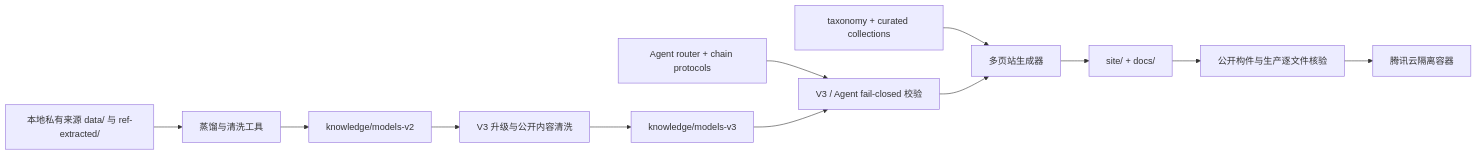
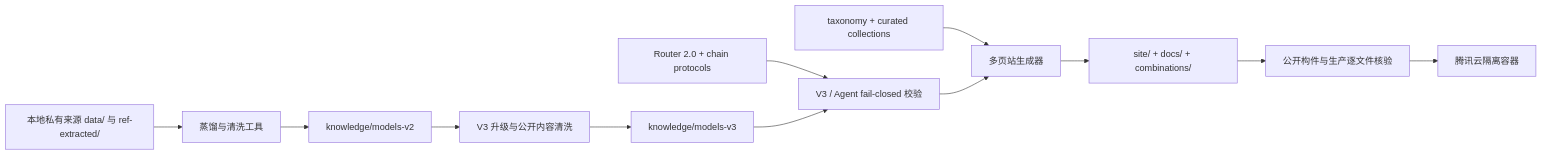
The diagram in README.md (zjgulai/deep-thinking-mode), drawn with Mermaid before and after one commit. The commit also changed other lines of this file and 9 other files, not shown here.

````diff
--- a/README.md
+++ b/README.md
@@ -68,14 +71,14 @@
 ```mermaid
 flowchart LR
   A["本地私有来源 data/ 与 ref-extracted/"] --> B["蒸馏与清洗工具"]
   B --> C["knowledge/models-v2"]
   C --> D["V3 升级与公开内容清洗"]
   D --> E["knowledge/models-v3"]
   T["taxonomy + curated collections"] --> G["多页站生成器"]
-  R["Agent router + chain protocols"] --> V["V3 / Agent fail-closed 校验"]
+  R["Router 2.0 + chain protocols"] --> V["V3 / Agent fail-closed 校验"]
   E --> V
   V --> G
-  G --> S["site/ + docs/"]
+  G --> S["site/ + docs/ + combinations/"]
   S --> Q["公开构件与生产逐文件核验"]
   Q --> P["腾讯云隔离容器"]
 ```
````
